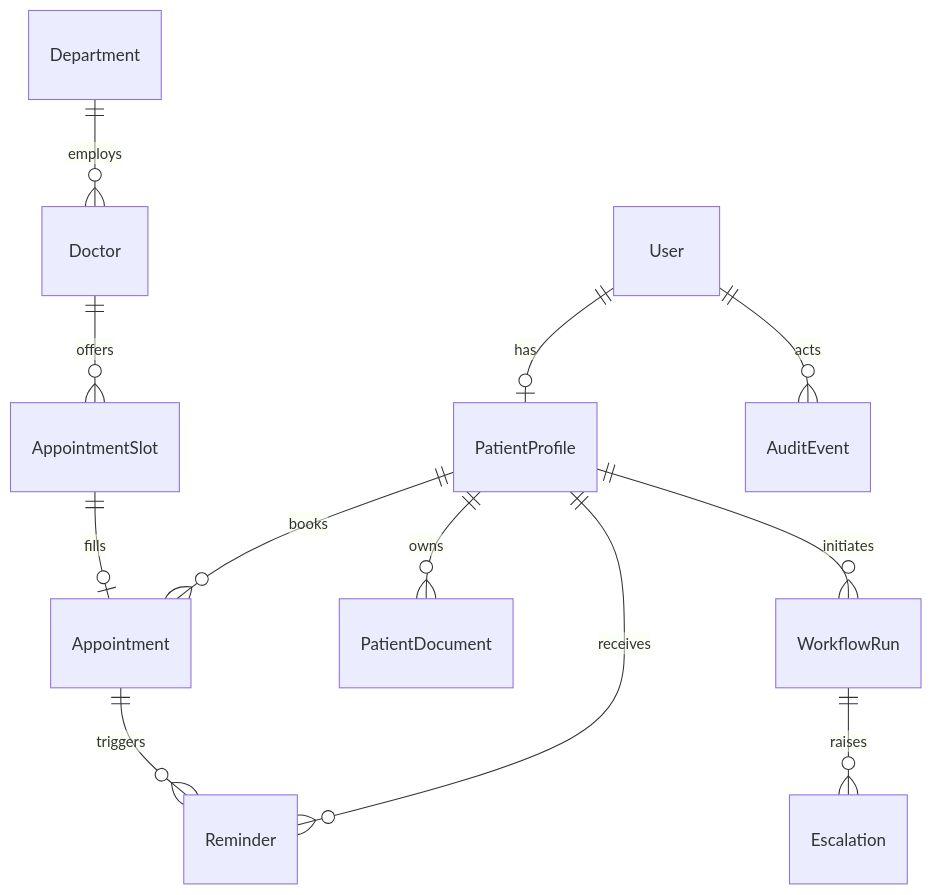
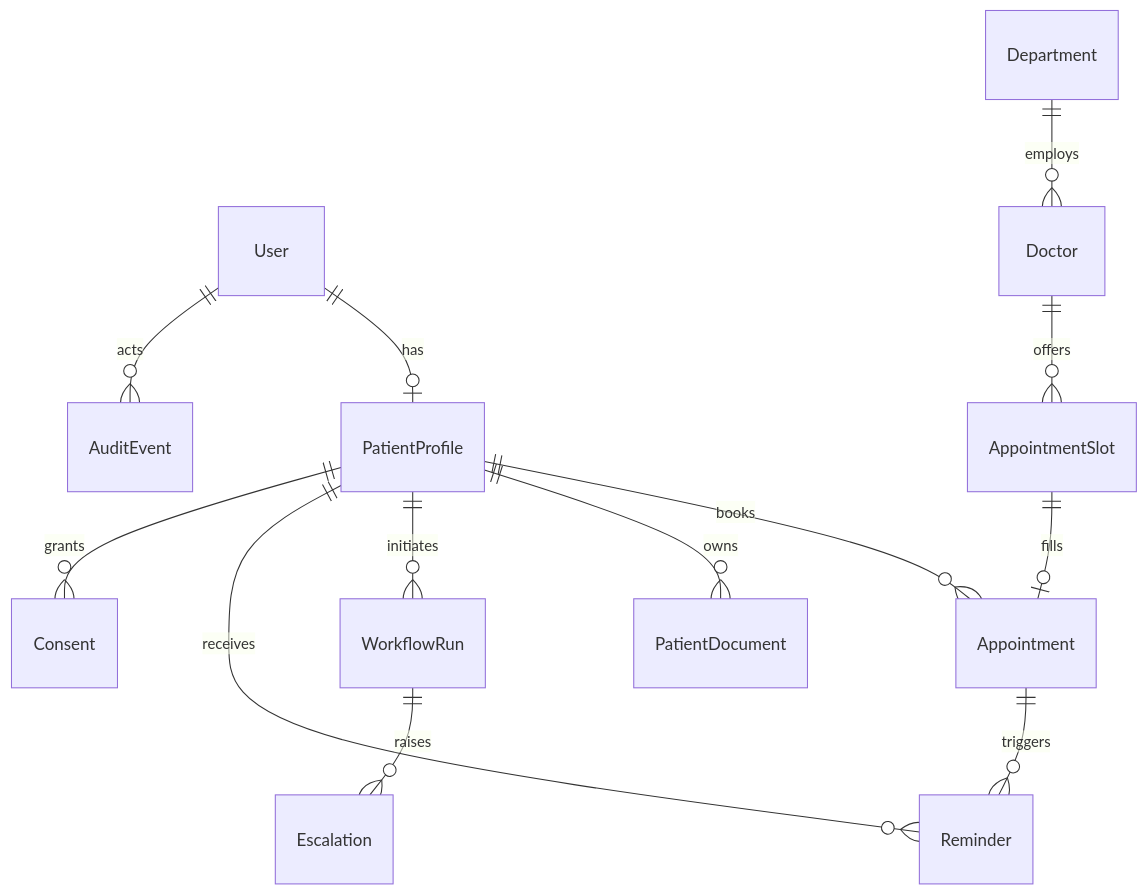
Before and after one commit to ekBlaise/agentcare_ai_healthcare: the third of 3 diagrams in README.md, drawn with Mermaid. The commit also changed other lines of this file and 1 other file, not shown here.

````diff
--- a/README.md
+++ b/README.md
@@ -111,14 +116,15 @@
 ```mermaid
 erDiagram
     User ||--o| PatientProfile : has
     PatientProfile ||--o{ Appointment : books
     PatientProfile ||--o{ PatientDocument : owns
     PatientProfile ||--o{ WorkflowRun : initiates
     PatientProfile ||--o{ Reminder : receives
+    PatientProfile ||--o{ Consent : grants
     Department ||--o{ Doctor : employs
     Doctor ||--o{ AppointmentSlot : offers
     AppointmentSlot ||--o| Appointment : fills
     Appointment ||--o{ Reminder : triggers
     WorkflowRun ||--o{ Escalation : raises
     User ||--o{ AuditEvent : acts
 ```
````
